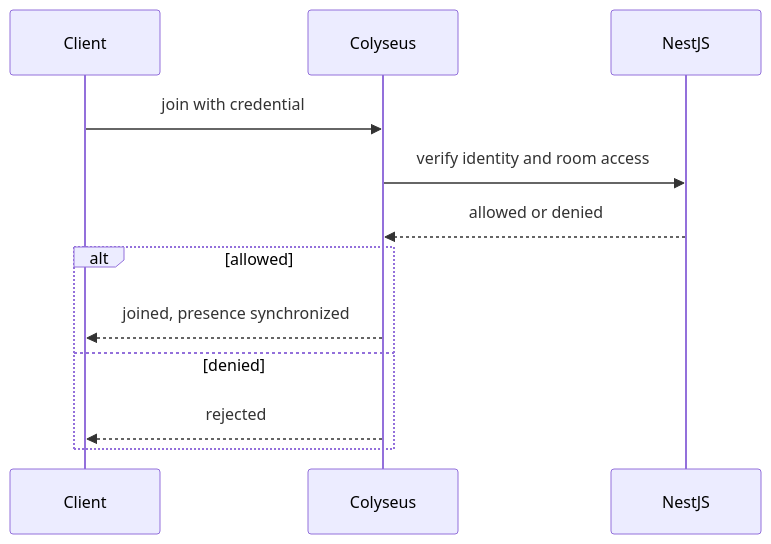
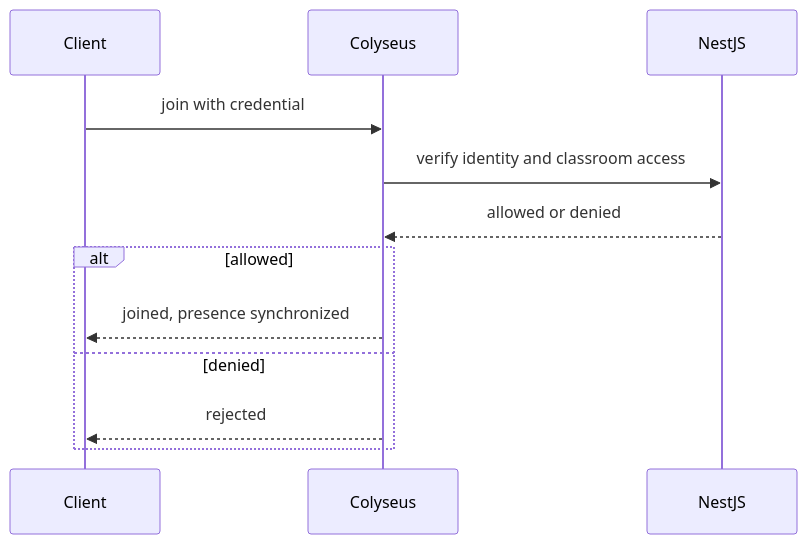
The third of 4 diagrams in docs/architecture.md (Agustin742/integratec-final-back), drawn with Mermaid before and after one commit. The commit also changed other lines of this file and 7 other files, not shown here.

````diff
--- a/docs/architecture.md
+++ b/docs/architecture.md
@@ -56,15 +56,15 @@
 ```mermaid
 sequenceDiagram
   participant C as Client
   participant Y as Colyseus
   participant N as NestJS
 
   C->>Y: join with credential
-  Y->>N: verify identity and room access
+  Y->>N: verify identity and classroom access
   N-->>Y: allowed or denied
   alt allowed
     Y-->>C: joined, presence synchronized
   else denied
     Y-->>C: rejected
   end
 ```
````
